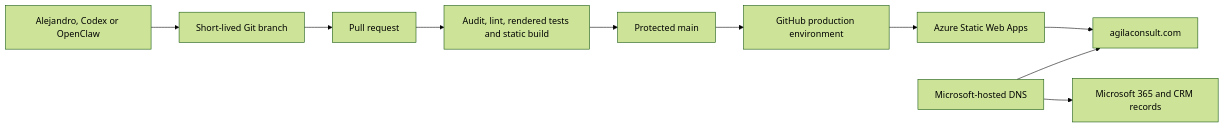
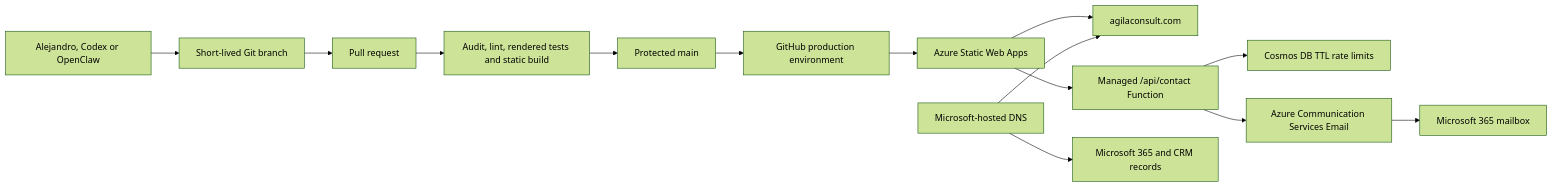
One commit to a-sim/agilaconsulting changed the diagram in docs/ARCHITECTURE.md. Above: the diagram before and after it, drawn with Mermaid (forest theme). The commit also changed other lines of this file and 27 other files, not shown here.

````diff
--- a/docs/ARCHITECTURE.md
+++ b/docs/ARCHITECTURE.md
@@ -16,12 +18,16 @@
 ```mermaid
 flowchart LR
   A["Alejandro, Codex or OpenClaw"] --> B["Short-lived Git branch"]
   B --> C["Pull request"]
   C --> D["Audit, lint, rendered tests and static build"]
   D --> E["Protected main"]
   E --> F["GitHub production environment"]
   F --> G["Azure Static Web Apps"]
   G --> H["agilaconsult.com"]
+  G --> K["Managed /api/contact Function"]
+  K --> L["Cosmos DB TTL rate limits"]
+  K --> M["Azure Communication Services Email"]
+  M --> N["Microsoft 365 mailbox"]
   I["Microsoft-hosted DNS"] --> H
   I --> J["Microsoft 365 and CRM records"]
 ```
````
